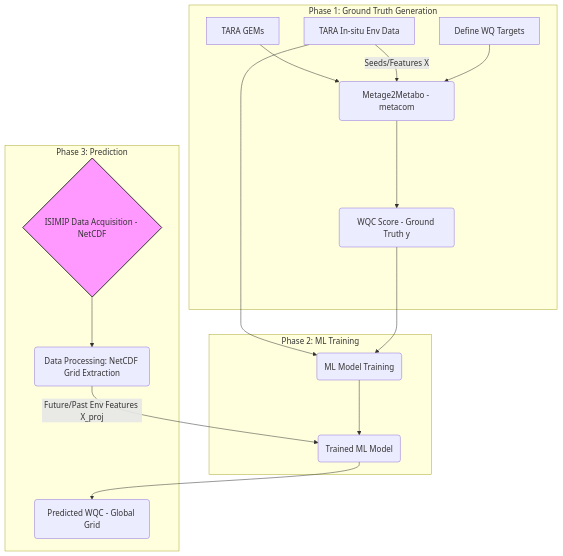
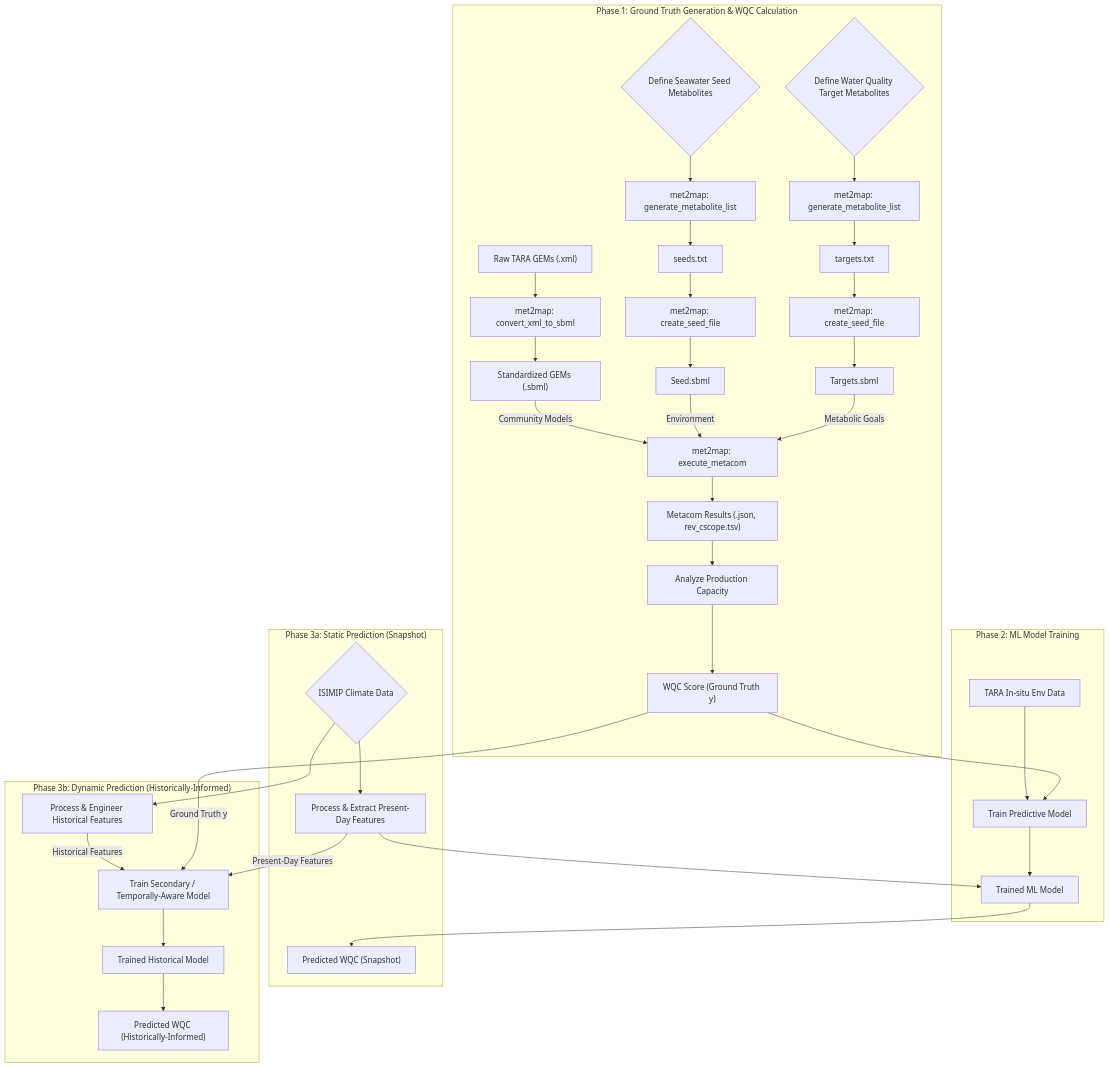
Before and after one commit to microstijn/met2map: the diagram in README.md, drawn with Mermaid.

````diff
--- a/README.md
+++ b/README.md
@@ -20,23 +20,47 @@
 ```mermaid
 graph TD
-    subgraph Phase 1: Ground Truth Generation
-        A[TARA GEMs] --> B(Metage2Metabo - metacom);
-        C[TARA In-situ Env Data] -- Seeds/Features X --> B;
-        D[Define WQ Targets] --> B;
-        B --> E(WQC Score - Ground Truth y);
+    subgraph "Phase 1: Ground Truth Generation & WQC Calculation"
+        A["Raw TARA GEMs (.xml)"] --> A1["met2map: convert_xml_to_sbml"]
+        A1 --> A2["Standardized GEMs (.sbml)"]
+
+        C{"Define Seawater Seed Metabolites"} --> C1["met2map: generate_metabolite_list"]
+        C1 --> C2["seeds.txt"]
+        C2 --> C3["met2map: create_seed_file"]
+        C3 --> C4["Seed.sbml"]
+
+        D{"Define Water Quality Target Metabolites"} --> D1["met2map: generate_metabolite_list"]
+        D1 --> D2["targets.txt"]
+        D2 --> D3["met2map: create_seed_file"]
+        D3 --> D4["Targets.sbml"]
+
+        A2 -- "Community Models" --> B["met2map: execute_metacom"]
+        C4 -- "Environment" --> B
+        D4 -- "Metabolic Goals" --> B
+
+        B --> B1["Metacom Results (.json, rev_cscope.tsv)"]
+        B1 --> E["Analyze Production Capacity"]
+        E --> F["WQC Score (Ground Truth y)"]
     end
 
-    subgraph Phase 2: ML Training
-        C --> F(ML Model Training);
-        E --> F;
-        F --> G(Trained ML Model);
+    subgraph "Phase 2: ML Model Training"
+        G["TARA In-situ Env Data"] --> H["Train Predictive Model"]
+        F --> H
+        H --> I["Trained ML Model"]
     end
 
-    subgraph Phase 3: Prediction
-        H{ISIMIP Data Acquisition - NetCDF} --> I(Data Processing: NetCDF Grid Extraction);
-        I -- Future/Past Env Features X_proj --> G;
-        G --> J(Predicted WQC - Global Grid);
+    subgraph "Phase 3a: Static Prediction (Snapshot)"
+        J{"ISIMIP Climate Data"} --> K["Process & Extract Present-Day Features"]
+        K --> I
+        I --> L["Predicted WQC (Snapshot)"]
     end
 
-    style H fill:#f9f,stroke:#333,stroke-width:2px
+    subgraph "Phase 3b: Dynamic Prediction (Historically-Informed)"
+        J --> M["Process & Engineer Historical Features"]
+        M -- "Historical Features" --> N["Train Secondary / Temporally-Aware Model"]
+        K -- "Present-Day Features" --> N
+        F -- "Ground Truth y" --> N
+        N --> O["Trained Historical Model"]
+        O --> P["Predicted WQC (Historically-Informed)"]
+    end
+
 ```
````
